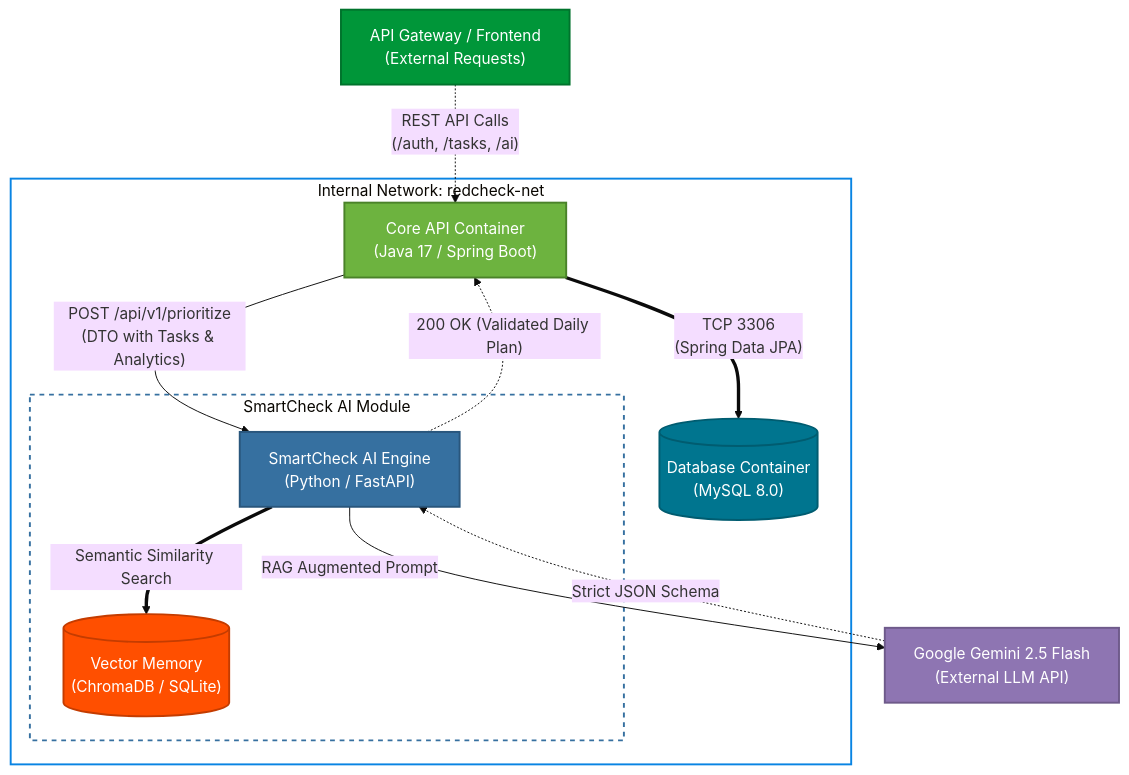
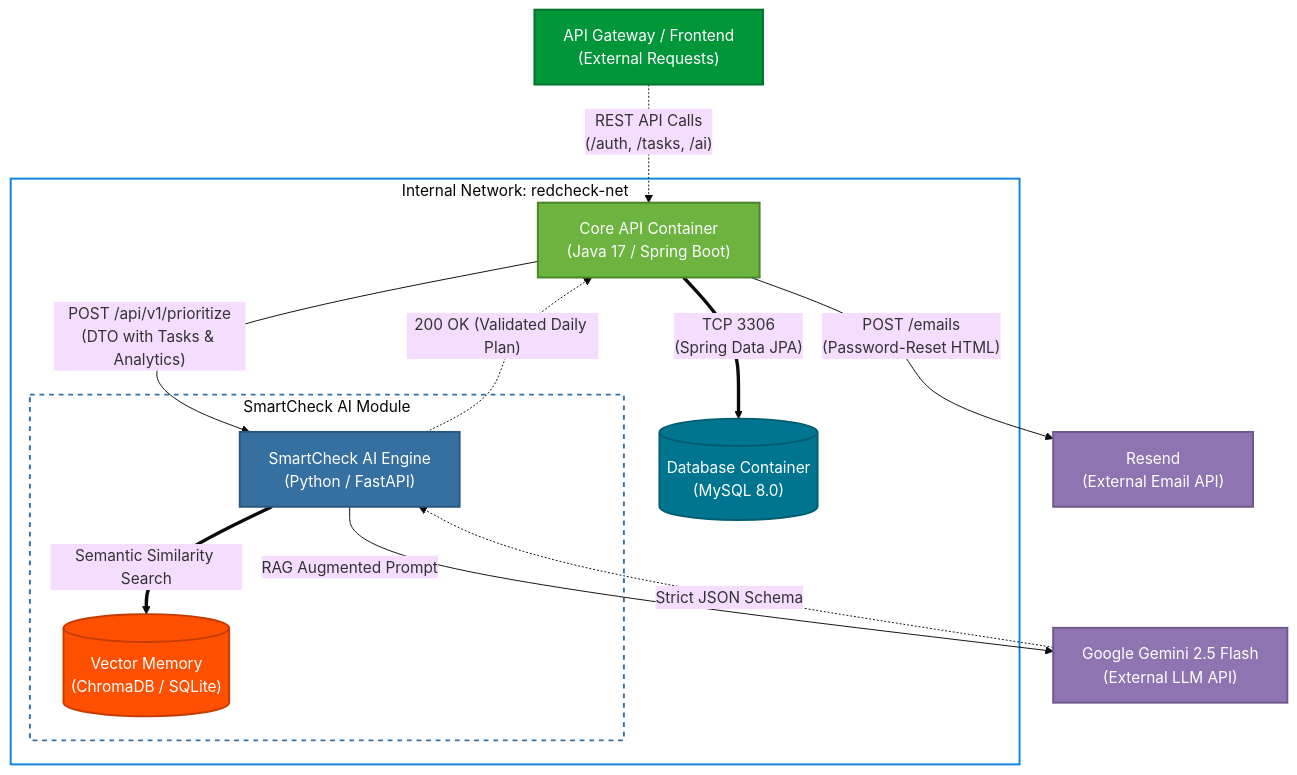
One commit to redcheckapp/redcheck-backend changed the diagram in README.md. Above: the diagram before and after it, drawn with Mermaid (base theme).

Commit message:
Add Resend email API to the architecture diagram
The backend now calls Resend's HTTP API to send password-reset
emails, alongside the existing Gemini/SmartCheck AI external call.

````diff
--- a/README.md
+++ b/README.md
@@ -105,38 +105,40 @@
 ```mermaid
 graph TD
     %% Node Styles
     classDef proxy fill:#009639,stroke:#00732c,stroke-width:2px,color:#fff;
     classDef backend fill:#6DB33F,stroke:#4a8229,stroke-width:2px,color:#fff;
     classDef aiengine fill:#3670A0,stroke:#29567c,stroke-width:2px,color:#fff;
     classDef db fill:#00758F,stroke:#005c70,stroke-width:2px,color:#fff;
     classDef vector fill:#FF4F00,stroke:#c43c00,stroke-width:2px,color:#fff;
     classDef external fill:#8E75B2,stroke:#6e5a8a,stroke-width:2px,color:#fff;
 
     Gateway["API Gateway / Frontend<br>(External Requests)"]:::proxy
     Gemini["Google Gemini 2.5 Flash<br>(External LLM API)"]:::external
+    Resend["Resend<br>(External Email API)"]:::external
 
     %% Backend Isolation Network
     subgraph DockerNet ["Internal Network: redcheck-net"]
         style DockerNet fill:none,stroke:#0984e3,stroke-width:2px
         
         Spring["Core API Container<br>(Java 17 / Spring Boot)"]:::backend
         MySQL[("Database Container<br>(MySQL 8.0)")]:::db
 
         %% SmartCheck AI Sub-module
         subgraph AIModule ["SmartCheck AI Module"]
             style AIModule fill:none,stroke:#3670A0,stroke-width:2px,stroke-dasharray: 5 5
             
             SmartCheck["SmartCheck AI Engine<br>(Python / FastAPI)"]:::aiengine
             ChromaDB[("Vector Memory<br>(ChromaDB / SQLite)")]:::vector
         end
     end
 
     %% Flow
     Gateway -. "REST API Calls<br>(/auth, /tasks, /ai)" .-> Spring
     Spring == "TCP 3306<br>(Spring Data JPA)" ==> MySQL
     Spring -- "POST /api/v1/prioritize<br>(DTO with Tasks & Analytics)" --> SmartCheck
     SmartCheck == "Semantic Similarity Search" ==> ChromaDB
     SmartCheck -- "RAG Augmented Prompt" --> Gemini
     Gemini -. "Strict JSON Schema" .-> SmartCheck
     SmartCheck -. "200 OK (Validated Daily Plan)" .-> Spring
+    Spring -- "POST /emails<br>(Password-Reset HTML)" --> Resend
 ```
````
